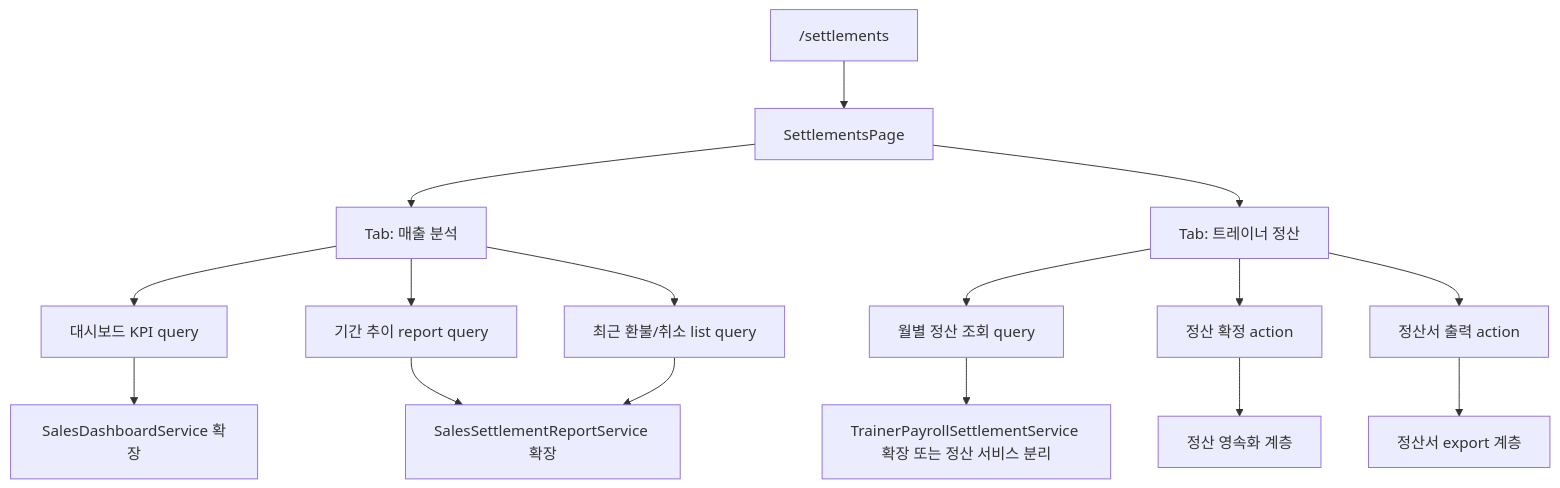
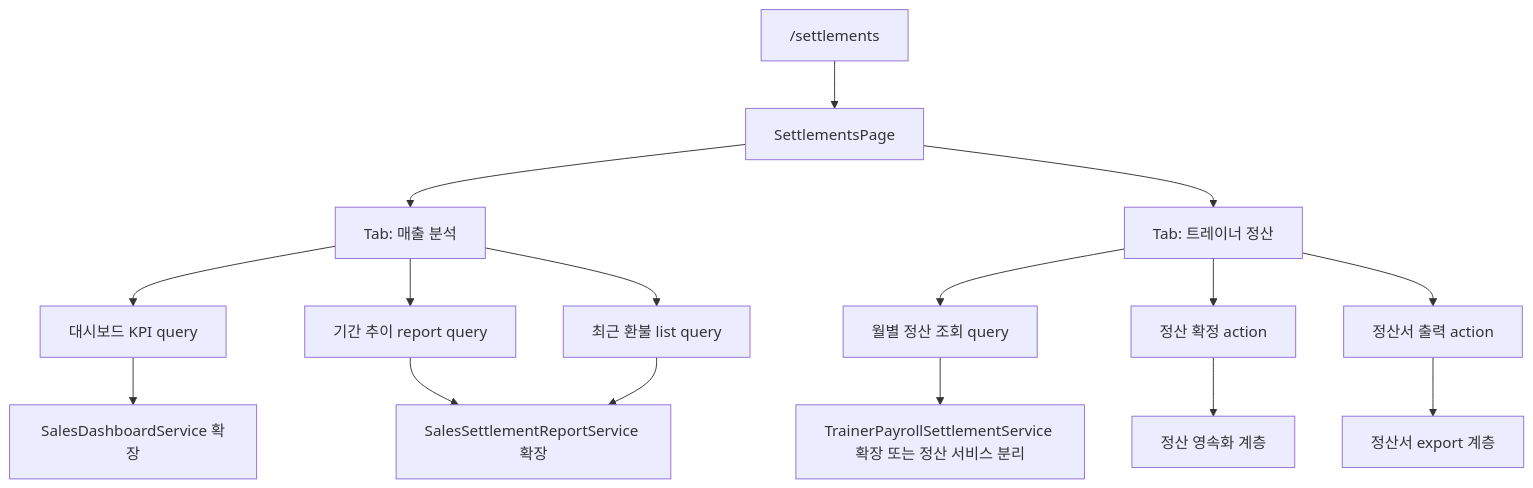
The diagram in docs/plans/2026-04-03-002-feat-settlements-analytics-payroll-plan.md (Again-D/GymCRM_V2), drawn with Mermaid before and after one commit. The commit also changed other lines of this file and 17 other files, not shown here.

````diff
--- a/docs/plans/2026-04-03-002-feat-settlements-analytics-payroll-plan.md
+++ b/docs/plans/2026-04-03-002-feat-settlements-analytics-payroll-plan.md
@@ -122,22 +122,22 @@
 ```mermaid
 flowchart TB
     A["/settlements"] --> B["SettlementsPage"]
     B --> C["Tab: 매출 분석"]
     B --> D["Tab: 트레이너 정산"]
 
     C --> C1["대시보드 KPI query"]
     C --> C2["기간 추이 report query"]
-    C --> C3["최근 환불/취소 list query"]
+    C --> C3["최근 환불 list query"]
 
     C1 --> E["SalesDashboardService 확장"]
     C2 --> F["SalesSettlementReportService 확장"]
     C3 --> F
 
     D --> D1["월별 정산 조회 query"]
     D --> D2["정산 확정 action"]
     D --> D3["정산서 출력 action"]
 
     D1 --> G["TrainerPayrollSettlementService 확장 또는 정산 서비스 분리"]
     D2 --> H["정산 영속화 계층"]
     D3 --> I["정산서 export 계층"]
 ```
````
